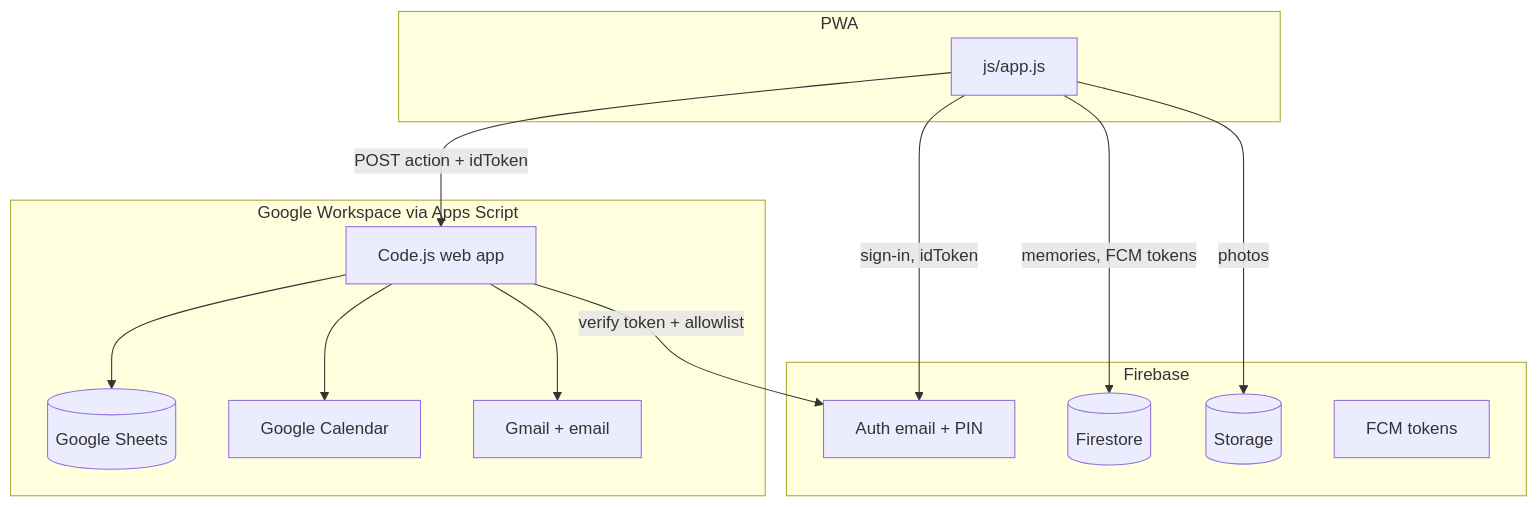
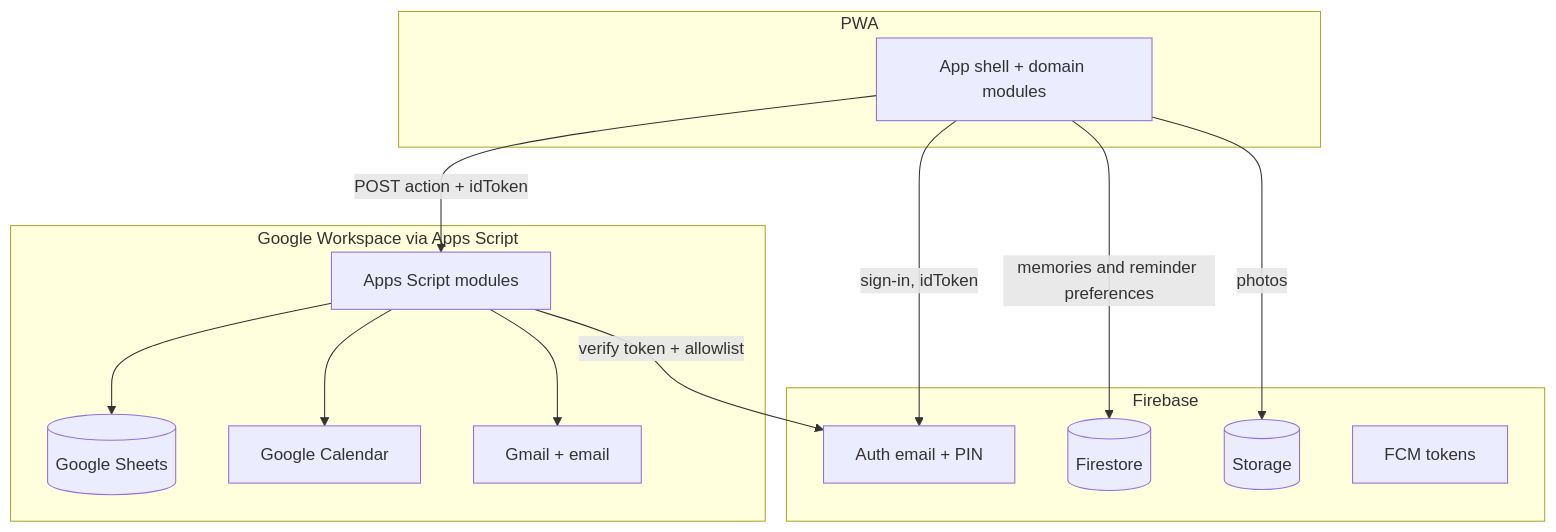
Before and after one commit to marcuswongjw/familylog: the diagram in ARCHITECTURE.md, drawn with Mermaid. The commit also changed other lines of this file and 42 other files, not shown here.

````diff
--- a/ARCHITECTURE.md
+++ b/ARCHITECTURE.md
@@ -5,29 +5,29 @@
 ```mermaid
 flowchart TB
   subgraph client [PWA]
-    UI[js/app.js]
+    UI[App shell + domain modules]
   end
 
   subgraph firebase [Firebase]
     Auth[Auth email + PIN]
     FS[(Firestore)]
     ST[(Storage)]
     FCM[FCM tokens]
   end
 
   subgraph google [Google Workspace via Apps Script]
-    GAS[Code.js web app]
+    GAS[Apps Script modules]
     SH[(Google Sheets)]
     CAL[Google Calendar]
     MAIL[Gmail + email]
   end
 
   UI -->|sign-in, idToken| Auth
-  UI -->|memories, FCM tokens| FS
+  UI -->|memories and reminder preferences| FS
   UI -->|photos| ST
   UI -->|POST action + idToken| GAS
   GAS -->|verify token + allowlist| Auth
   GAS --> SH
   GAS --> CAL
   GAS --> MAIL
 ```
````
